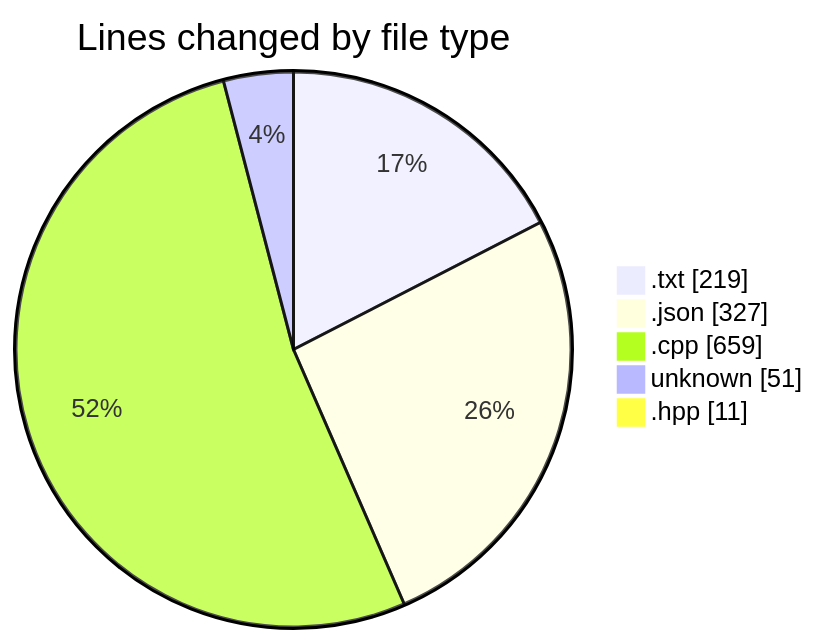
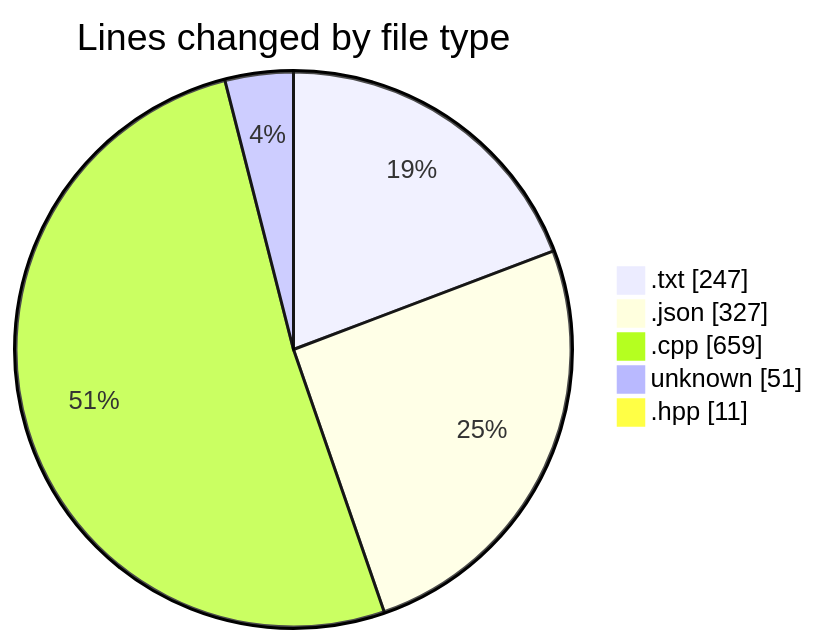
One commit to Netris89/code-tracking changed the first of 2 diagrams in 2025-04-07/echo/README.md. Above: the diagram before and after it, drawn with Mermaid. The commit also changed other lines of this file and 1 other file, not shown here.

````diff
--- a/2025-04-07/echo/README.md
+++ b/2025-04-07/echo/README.md
@@ -28,9 +28,9 @@
 ```mermaid
 pie showData
 title Lines changed by file type
-".txt" : 219
+".txt" : 247
 ".json" : 327
 ".cpp" : 659
 "unknown" : 51
 ".hpp" : 11
 ```
````
